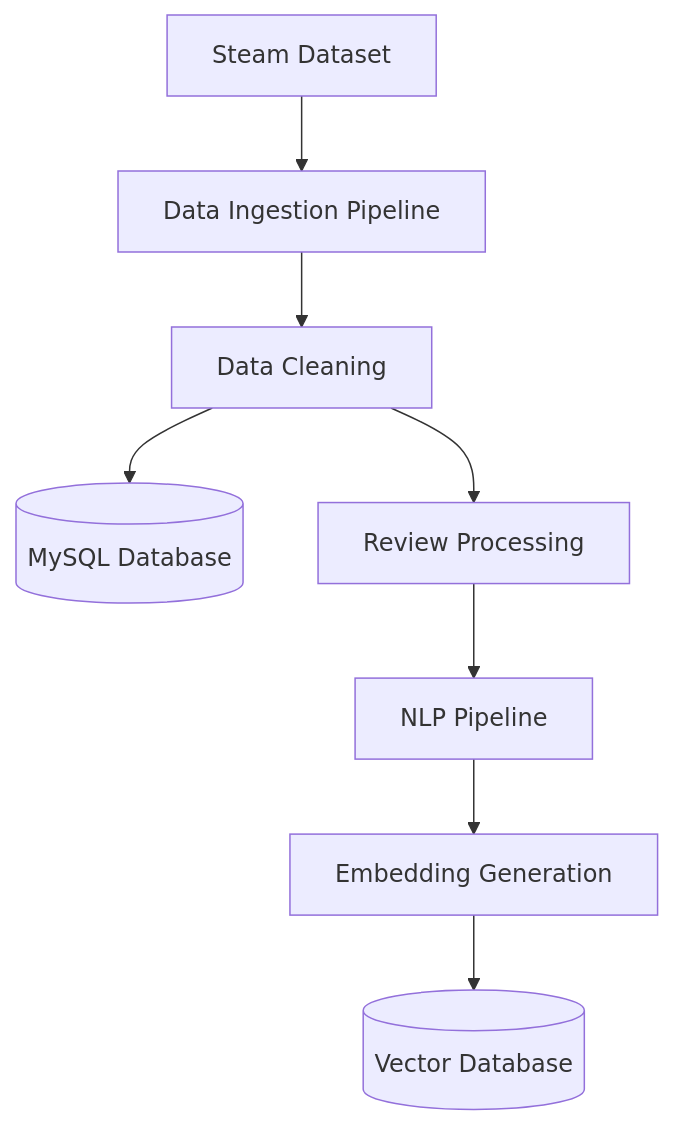
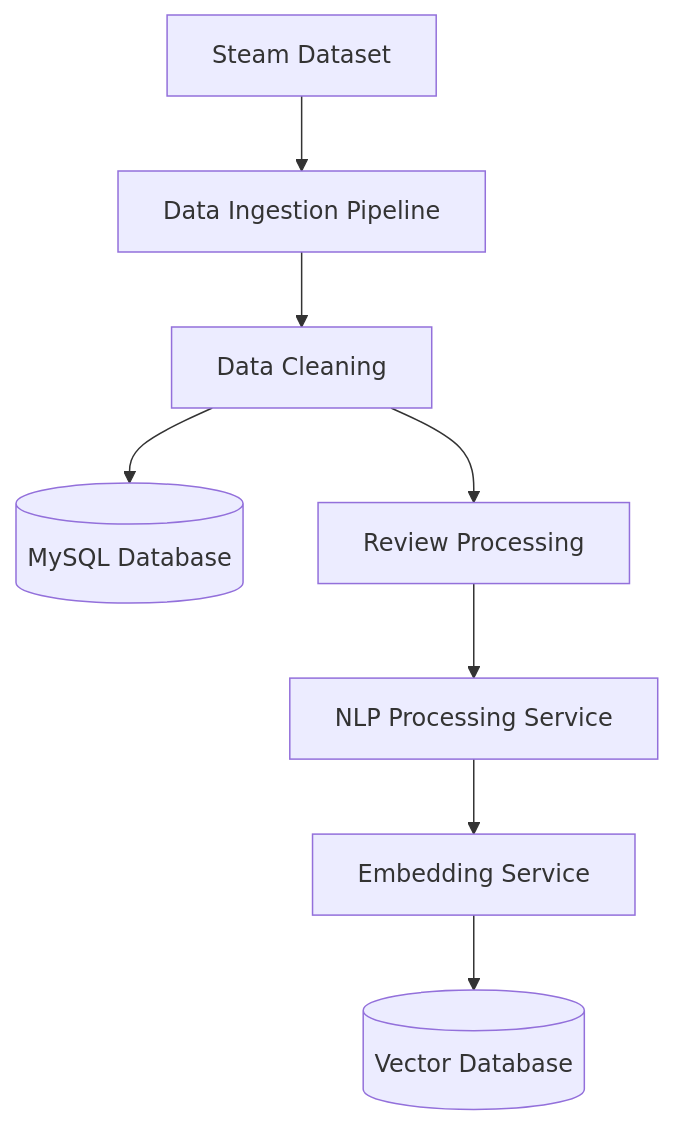
The fifth of 25 diagrams in docs/ArcademiaAI_Software_Design_Document.md (Rachit47/Arcademia-AI), drawn with Mermaid before and after one commit. The commit also changed other lines of this file, not shown here.

````diff
--- a/docs/ArcademiaAI_Software_Design_Document.md
+++ b/docs/ArcademiaAI_Software_Design_Document.md
@@ -633,34 +886,34 @@
 ```mermaid
 flowchart TD
 
 Dataset[Steam Dataset]
 
 Ingestion[Data Ingestion Pipeline]
 
 Cleaning[Data Cleaning]
 
 MySQL[(MySQL Database)]
 
 ReviewProcessing[Review Processing]
 
-NLP[NLP Pipeline]
+NLP[NLP Processing Service]
 
-Embedding[Embedding Generation]
+Embedding[Embedding Service]
 
 VectorDB[(Vector Database)]
 
 
 Dataset --> Ingestion
 
 Ingestion --> Cleaning
 
 Cleaning --> MySQL
 
 Cleaning --> ReviewProcessing
 
 ReviewProcessing --> NLP
 
 NLP --> Embedding
 
 Embedding --> VectorDB
 ```
````
